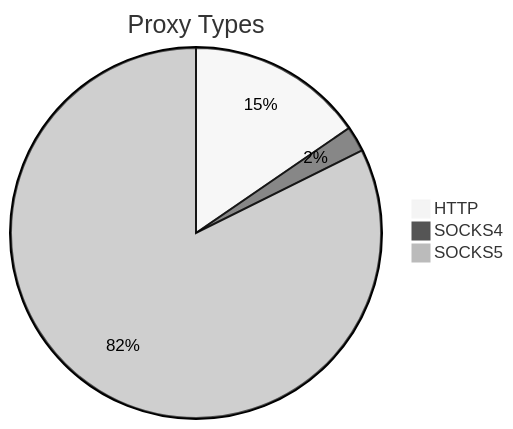
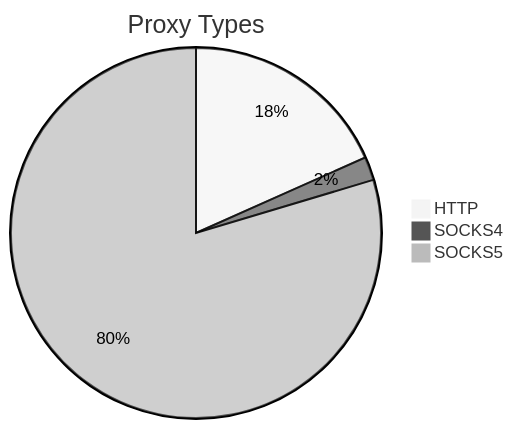
Before and after one commit to stormsia/proxy-list: the first of 2 diagrams in README.md, drawn with Mermaid (neutral theme). The commit also changed other lines of this file, not shown here.

````diff
--- a/README.md
+++ b/README.md
@@ -21,6 +21,6 @@
 ```mermaid
 pie title Proxy Types
-    "HTTP" : 228
-    "SOCKS4" : 33
-    "SOCKS5" : 1217
+    "HTTP" : 251
+    "SOCKS4" : 28
+    "SOCKS5" : 1091
 ```
````
